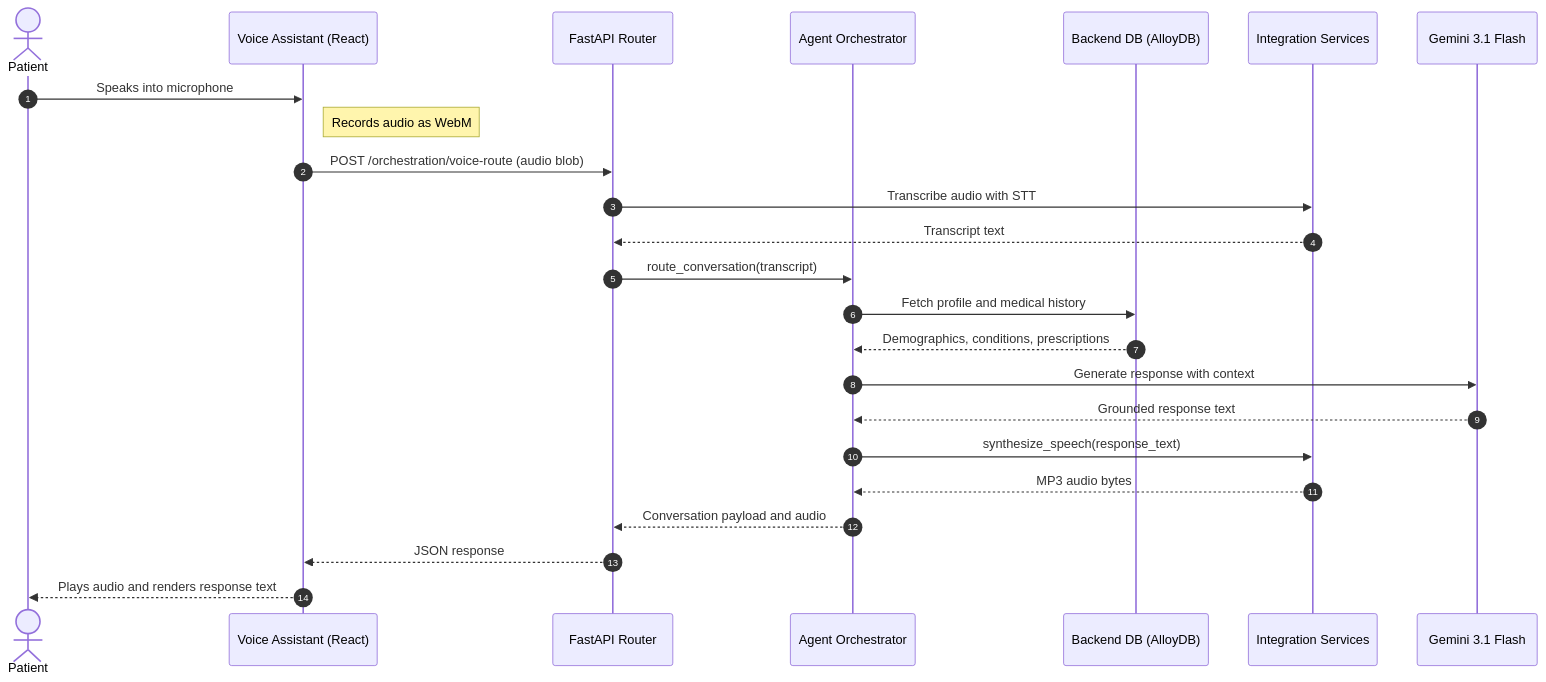
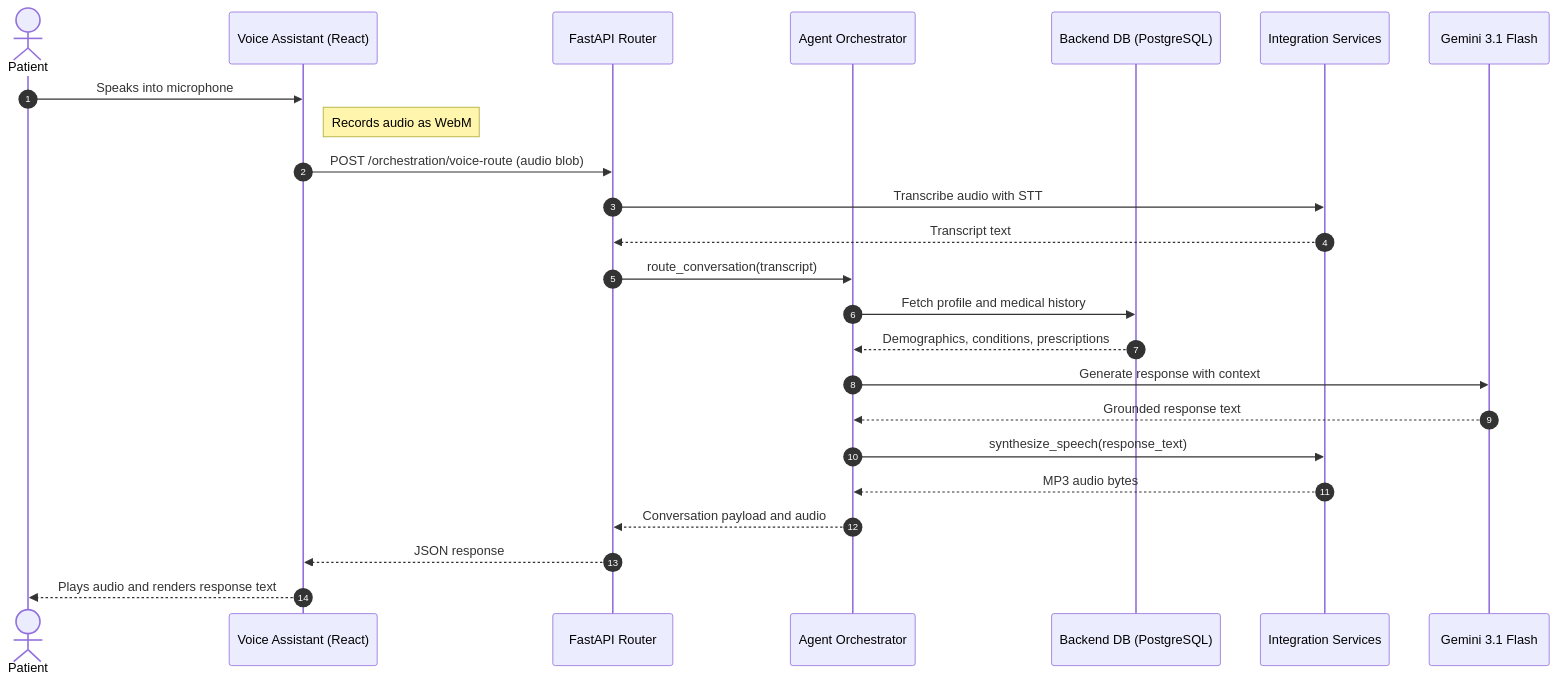
The second of 3 diagrams in docs/ARCHITECTURE_AND_DESIGN.md (shreeshbhat04-ctrl/NEXUS-AI-), drawn with Mermaid before and after one commit. The commit also changed other lines of this file and 134 other files, not shown here.

````diff
--- a/docs/ARCHITECTURE_AND_DESIGN.md
+++ b/docs/ARCHITECTURE_AND_DESIGN.md
@@ -191,32 +216,32 @@
 ```mermaid
 sequenceDiagram
     autonumber
     actor Patient
     participant VoiceUI as Voice Assistant (React)
     participant API as FastAPI Router
     participant Orchestrator as Agent Orchestrator
-    participant Brain as Backend DB (AlloyDB)
+    participant Brain as Backend DB (PostgreSQL)
     participant Integrations as Integration Services
     participant LLM as Gemini 3.1 Flash
 
     Patient->>VoiceUI: Speaks into microphone
     Note right of VoiceUI: Records audio as WebM
     VoiceUI->>API: POST /orchestration/voice-route (audio blob)
 
     API->>Integrations: Transcribe audio with STT
     Integrations-->>API: Transcript text
 
     API->>Orchestrator: route_conversation(transcript)
     Orchestrator->>Brain: Fetch profile and medical history
     Brain-->>Orchestrator: Demographics, conditions, prescriptions
 
     Orchestrator->>LLM: Generate response with context
     LLM-->>Orchestrator: Grounded response text
 
     Orchestrator->>Integrations: synthesize_speech(response_text)
     Integrations-->>Orchestrator: MP3 audio bytes
 
     Orchestrator-->>API: Conversation payload and audio
     API-->>VoiceUI: JSON response
     VoiceUI-->>Patient: Plays audio and renders response text
 ```
````
